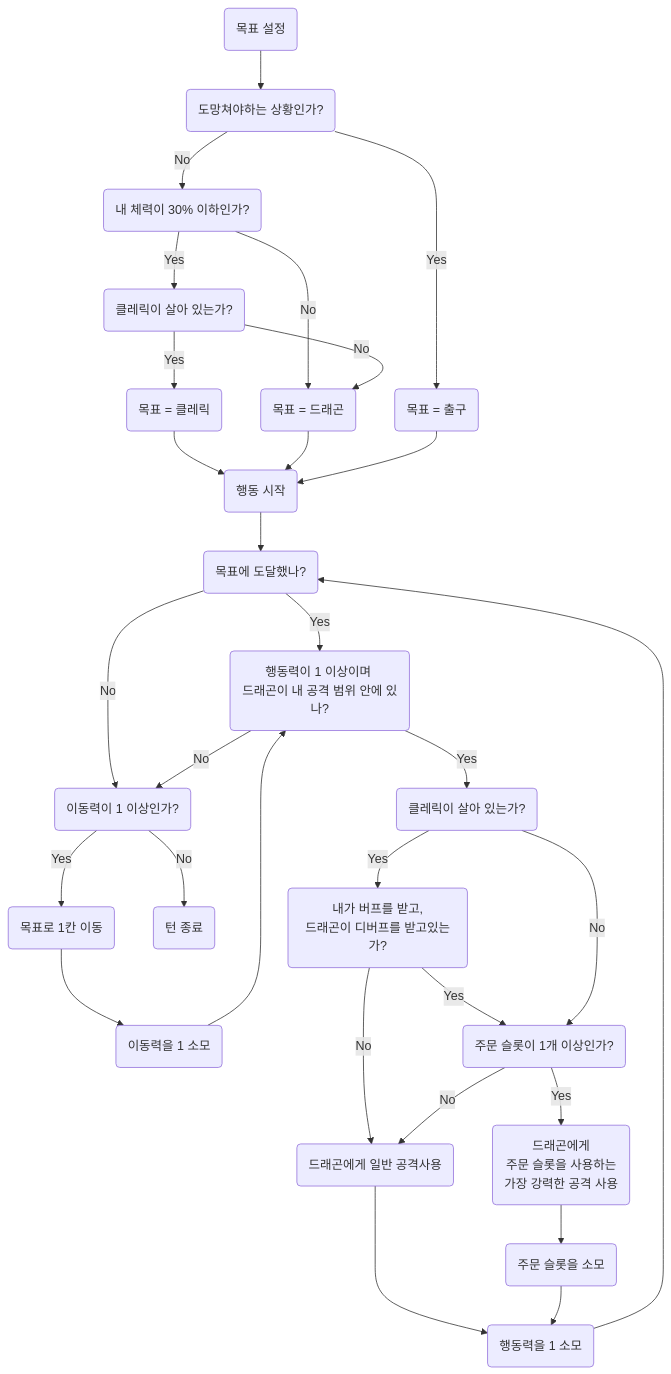
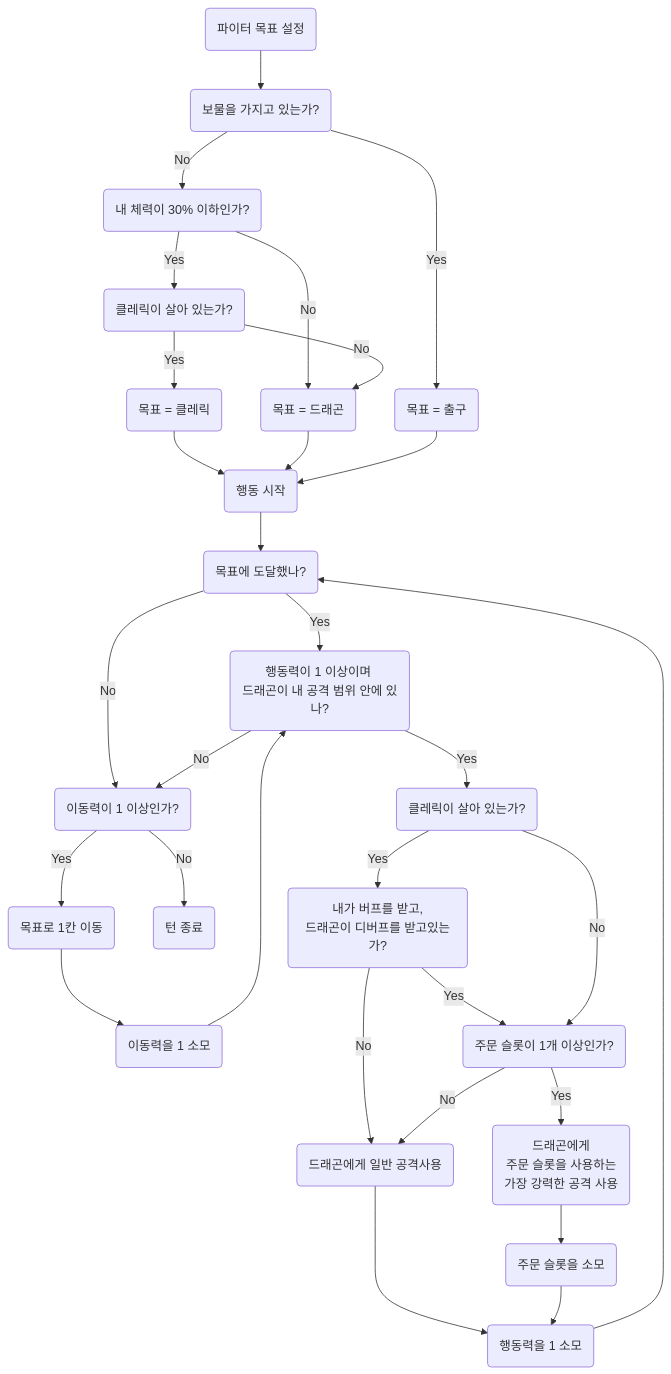
Before and after one commit to taekyung00/CodePistols_DragonicTactics: the diagram in architecture/character_flowchart/fighter.mmd, drawn with Mermaid.

```diff
--- a/architecture/character_flowchart/fighter.mmd
+++ b/architecture/character_flowchart/fighter.mmd
@@ -1,50 +1,50 @@
 flowchart TD
     %% Nodes for fighter
-        SettingTarget("목표 설정")
-        SettingTarget                                       --> AreWeInDanger("도망쳐야하는 상황인가?")
+        SettingTarget("파이터 목표 설정")
+        SettingTarget                                       --> AreWeInDanger("보물을 가지고 있는가?")
         
         AreWeInDanger                       --      "Yes"   --> TargetExit("목표 = 출구")
         AreWeInDanger                       --      "No"    --> AmIInDanger("내 체력이 30% 이하인가?")
         
         AmIInDanger                         --      "Yes"   --> IsClericAlive("클레릭이 살아 있는가?")
         AmIInDanger                         --      "No"    --> TargetDragon("목표 = 드래곤")
         
         IsClericAlive                       --      "Yes"   --> TargetCleric("목표 = 클레릭")
         IsClericAlive                       --      "No"    --> TargetDragon("목표 = 드래곤")
         
         
         TargetCleric                                        --> MoveStart("행동 시작")
         TargetDragon                                        --> MoveStart("행동 시작")
         TargetExit                                          --> MoveStart("행동 시작")
 
         MoveStart                                           --> AmIOnTarget("목표에 도달했나?")
 
         AmIOnTarget                         --      "Yes"   --> CanIAttack("행동력이 1 이상이며 <br>드래곤이 내 공격 범위 안에 있나?")
         AmIOnTarget                         --      "No"    --> CanIMove("이동력이 1 이상인가?")
 
         CanIMove                            --      "Yes"   --> MoveToTarget("목표로 1칸 이동")
         CanIMove                            --      "No"    --> TurnEnd("턴 종료")
 
         MoveToTarget                                        --> DecreaseMovePoint("이동력을 1 소모")
 
         CanIAttack                          --      "Yes"   --> IsClericAlive2("클레릭이 살아 있는가?")
         CanIAttack                          --      "No"    --> CanIMove("이동력이 1 이상인가?")
 
         IsClericAlive2                      --      "Yes"   --> DoIHaveBuffAndDoesDragonHasDebuff("내가 버프를 받고,<br>드래곤이 디버프를 받고있는가?")
         DoIHaveBuffAndDoesDragonHasDebuff   --      "Yes"   --> DoIHaveSpellSlot("주문 슬롯이 1개 이상인가?")
         DoIHaveBuffAndDoesDragonHasDebuff   --      "No"    --> AttackDragon("드래곤에게 일반 공격사용")
         IsClericAlive2                      --      "No"    --> DoIHaveSpellSlot("주문 슬롯이 1개 이상인가?")
 
         DoIHaveSpellSlot                    --      "Yes"   --> SpellAttackDragon("드래곤에게<br>주문 슬롯을 사용하는<br>가장 강력한 공격 사용")
         DoIHaveSpellSlot                    --      "No"    --> AttackDragon("드래곤에게 일반 공격사용")
 
         AttackDragon                                        --> DecreaseActionPoint("행동력을 1 소모")
 
         SpellAttackDragon                                   --> DecreaseSpellSlot("주문 슬롯을 소모")
 
         DecreaseSpellSlot                                   --> DecreaseActionPoint("행동력을 1 소모")
 
         DecreaseMovePoint                                   --> CanIAttack("행동력이 1 이상이며 <br>드래곤이 내 공격 범위 안에 있나?")
         
         DecreaseActionPoint                                 --> AmIOnTarget("목표에 도달했나?")
     %% You can add notes with two "%" signs in a row!
```
